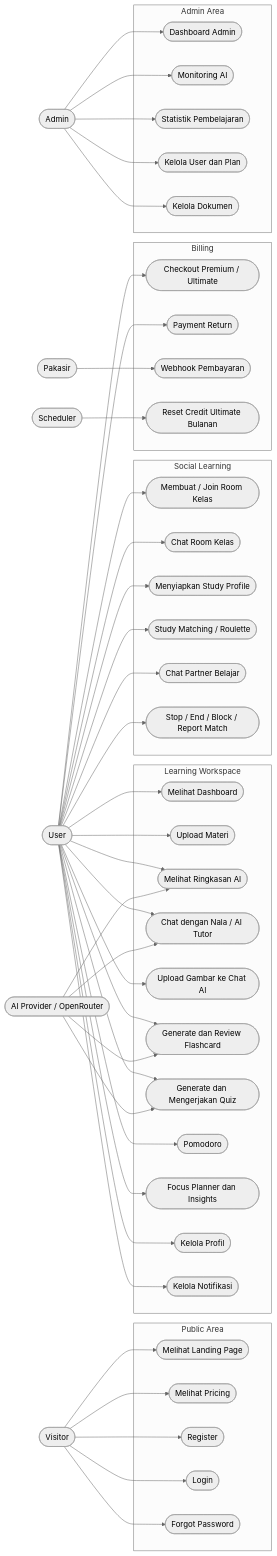
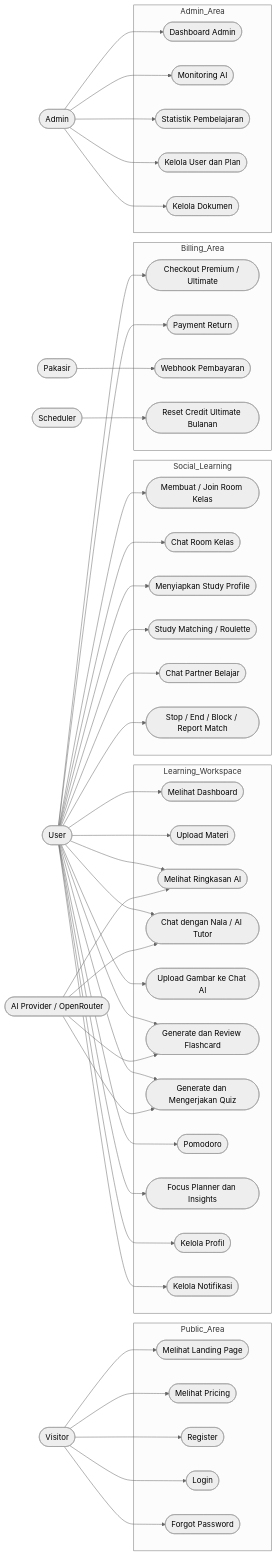
The first of 8 diagrams in docs/diagram-nalarin-ai.md (M-Aqilaz/Nalarin.ai), drawn with Mermaid (neutral theme) before and after one commit. The commit also changed other lines of this file, not shown here.

```diff
--- a/docs/diagram-nalarin-ai.md
+++ b/docs/diagram-nalarin-ai.md
@@ -13,7 +13,7 @@
     AI([AI Provider / OpenRouter])
     Scheduler([Scheduler])
 
-    subgraph Public["Public Area"]
+    subgraph Public_Area
         UC_Landing([Melihat Landing Page])
         UC_Pricing([Melihat Pricing])
         UC_Register([Register])
@@ -21,11 +21,11 @@
         UC_Forgot([Forgot Password])
     end
 
-    subgraph Learning["Learning Workspace"]
+    subgraph Learning_Workspace
         UC_Dashboard([Melihat Dashboard])
         UC_Upload([Upload Materi])
         UC_Summary([Melihat Ringkasan AI])
-        UC_Chat([Chat dengan Nala / AI Tutor])
+        UC_Chat(["Chat dengan Nala / AI Tutor"])
         UC_ImageChat([Upload Gambar ke Chat AI])
         UC_Flashcard([Generate dan Review Flashcard])
         UC_Quiz([Generate dan Mengerjakan Quiz])
@@ -35,23 +35,23 @@
         UC_Notif([Kelola Notifikasi])
     end
 
-    subgraph Social["Social Learning"]
-        UC_Room([Membuat / Join Room Kelas])
+    subgraph Social_Learning
+        UC_Room(["Membuat / Join Room Kelas"])
         UC_RoomChat([Chat Room Kelas])
         UC_ProfileMatch([Menyiapkan Study Profile])
-        UC_Match([Study Matching / Roulette])
+        UC_Match(["Study Matching / Roulette"])
         UC_MatchChat([Chat Partner Belajar])
-        UC_EndMatch([Stop / End / Block / Report Match])
+        UC_EndMatch(["Stop / End / Block / Report Match"])
     end
 
-    subgraph Billing["Billing"]
-        UC_Buy([Checkout Premium / Ultimate])
+    subgraph Billing_Area
+        UC_Buy(["Checkout Premium / Ultimate"])
         UC_Return([Payment Return])
         UC_Webhook([Webhook Pembayaran])
         UC_ResetCredit([Reset Credit Ultimate Bulanan])
     end
 
-    subgraph AdminArea["Admin Area"]
+    subgraph Admin_Area
         UC_AdminDashboard([Dashboard Admin])
         UC_MonitorAI([Monitoring AI])
         UC_Stats([Statistik Pembelajaran])
```
